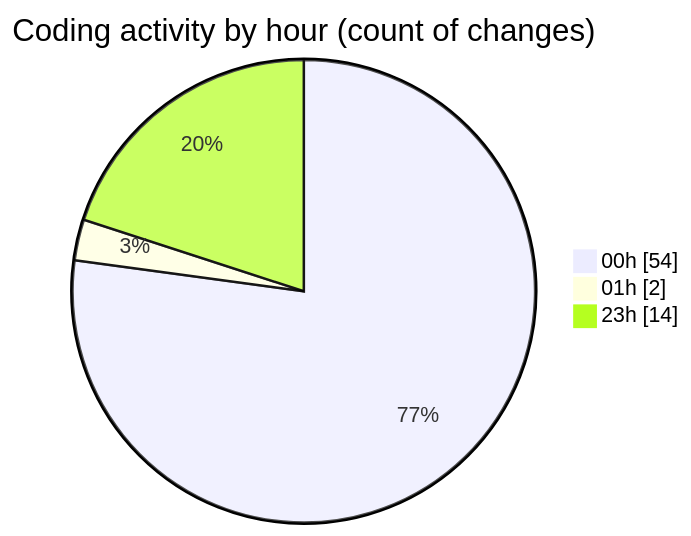
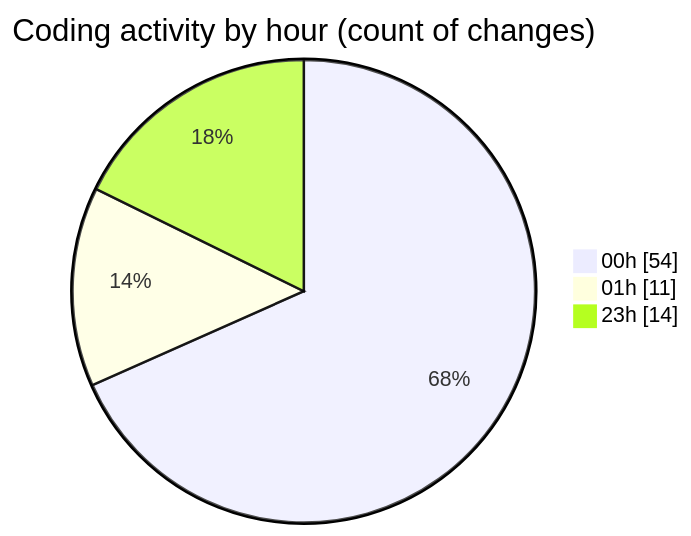
Before and after one commit to lephambinh05/code-tracking: the second of 2 diagrams in 2025-08-20/quytuthien_vn/README.md, drawn with Mermaid. The commit also changed other lines of this file and 1 other file, not shown here.

````diff
--- a/2025-08-20/quytuthien_vn/README.md
+++ b/2025-08-20/quytuthien_vn/README.md
@@ -70,7 +74,7 @@
 ```mermaid
 pie showData
 title Coding activity by hour (count of changes)
 "00h" : 54
-"01h" : 2
+"01h" : 11
 "23h" : 14
 ```
````
